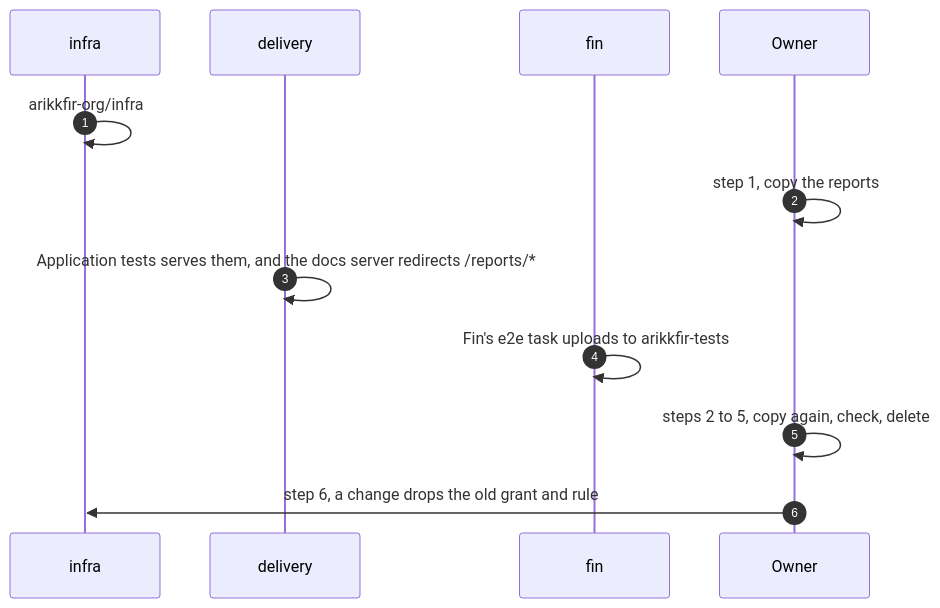
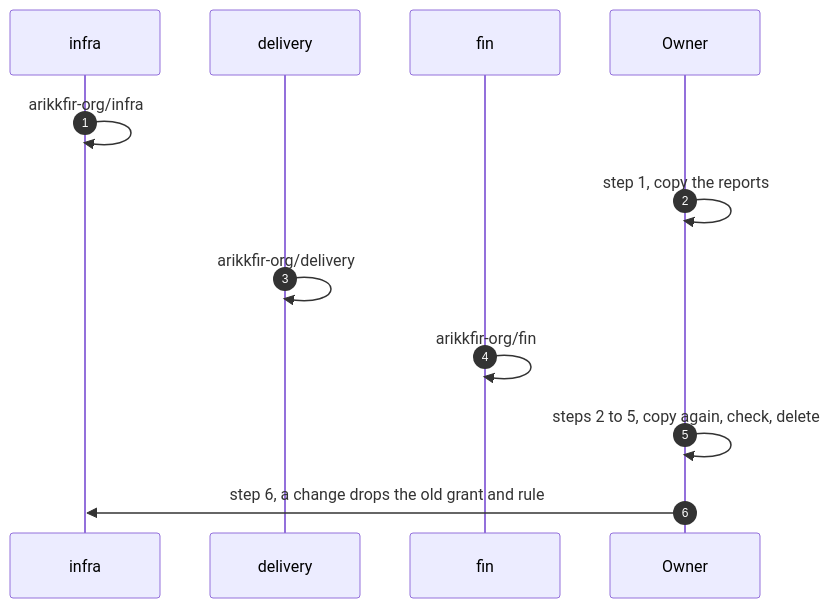
Before and after one commit to arikkfir-org/delivery: the diagram in docs/delivery/runbooks/move-ci-reports.md, drawn with Mermaid. The commit also changed other lines of this file and 1 other file, not shown here.

Commit message:
docs(tests): name the pull requests of the reports' move
Part of ENG-122

Claude-Session: https://claude.ai/code/session_01P52SpPJ4DwGurLMY6PKDYJ

````diff
--- a/docs/delivery/runbooks/move-ci-reports.md
+++ b/docs/delivery/runbooks/move-ci-reports.md
@@ -7,14 +7,14 @@
 ```mermaid
 sequenceDiagram
   autonumber
   participant I as infra
   participant D as delivery
   participant F as fin
   participant O as Owner
   I->>I: arikkfir-org/infra#66 merges, and pipeline apply creates arikkfir-tests and its grants
   O->>O: step 1, copy the reports
-  D->>D: Application tests serves them, and the docs server redirects /reports/*
-  F->>F: Fin's e2e task uploads to arikkfir-tests
+  D->>D: arikkfir-org/delivery#59 merges, tests serves them, and docs redirects /reports/*
+  F->>F: arikkfir-org/fin#139 merges, and Fin's e2e task uploads to arikkfir-tests
   O->>O: steps 2 to 5, copy again, check, delete
   O->>I: step 6, a change drops the old grant and rule
 ```
````
